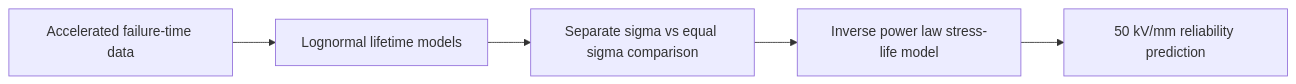
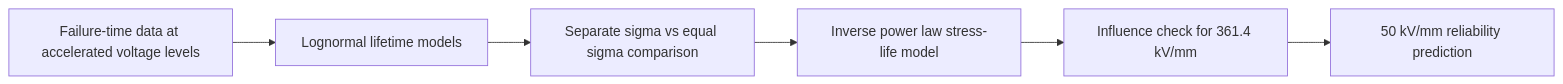
One commit to pocheng-chen-stat/accelerated-life-testing-reliability-analysis changed the diagram in README.md. Above: the diagram before and after it, drawn with Mermaid. The commit also changed other lines of this file, not shown here.

````diff
--- a/README.md
+++ b/README.md
@@ -90,8 +71,9 @@
 ```mermaid
 flowchart LR
-    A[Accelerated failure-time data]
+    A[Failure-time data at accelerated voltage levels]
     --> B[Lognormal lifetime models]
     --> C[Separate sigma vs equal sigma comparison]
     --> D[Inverse power law stress-life model]
-    --> E[50 kV/mm reliability prediction]
+    --> E[Influence check for 361.4 kV/mm]
+    --> F[50 kV/mm reliability prediction]
 ```
````
